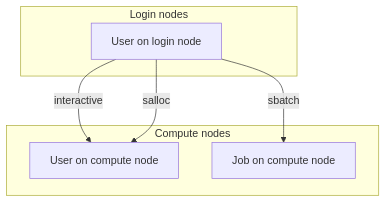
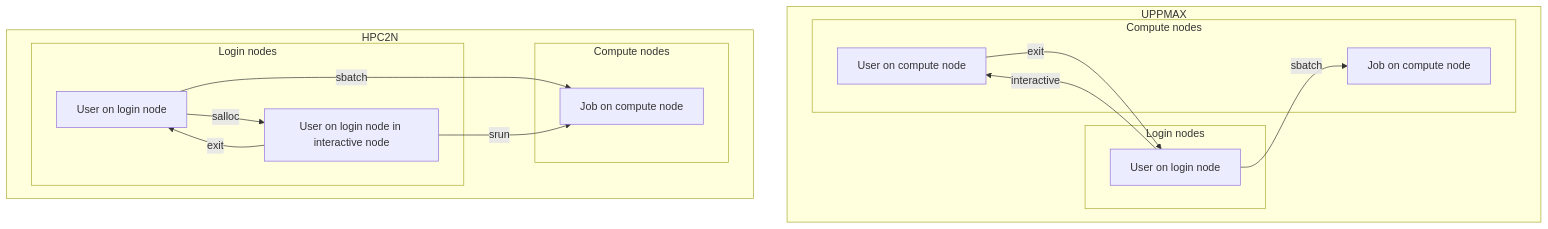
Before and after one commit to UPPMAX/R-python-julia-matlab-HPC: the diagram in docs/python/interactive_node_transitions.mmd, drawn with Mermaid. The commit also changed 1 other file, not shown here.

```diff
--- a/docs/python/interactive_node_transitions.mmd
+++ b/docs/python/interactive_node_transitions.mmd
@@ -1,12 +1,33 @@
 flowchart TD
+  subgraph uppmax[UPPMAX]
   subgraph login_node[Login nodes]
     user_on_login_node[User on login node]
   end
+
   subgraph compute_node[Compute nodes]
     user_on_computer_node[User on compute node]
     job_on_compute_node[Job on compute node]
   end
+  end
+
+  subgraph hpc2n[HPC2N]
+  subgraph hpc2n_login_node[Login nodes]
+    hpc2n_user_on_login_node[User on login node]
+    hpc2n_user_in_interactive_mode[User on login node in interactive node]
+  end
+
+  subgraph hpc2n_compute_node[Compute nodes]
+    hpcn2_job_on_compute_node[Job on compute node]
+  end
+  end
 
   user_on_login_node --> |interactive| user_on_computer_node
-  user_on_login_node --> |salloc| user_on_computer_node
   user_on_login_node --> |sbatch| job_on_compute_node
+
+  user_on_computer_node --> |exit| user_on_login_node
+
+
+  hpc2n_user_on_login_node --> |salloc| hpc2n_user_in_interactive_mode
+  hpc2n_user_in_interactive_mode --> |exit| hpc2n_user_on_login_node
+  hpc2n_user_on_login_node --> |sbatch| hpcn2_job_on_compute_node
+  hpc2n_user_in_interactive_mode --> |srun| hpcn2_job_on_compute_node
```
